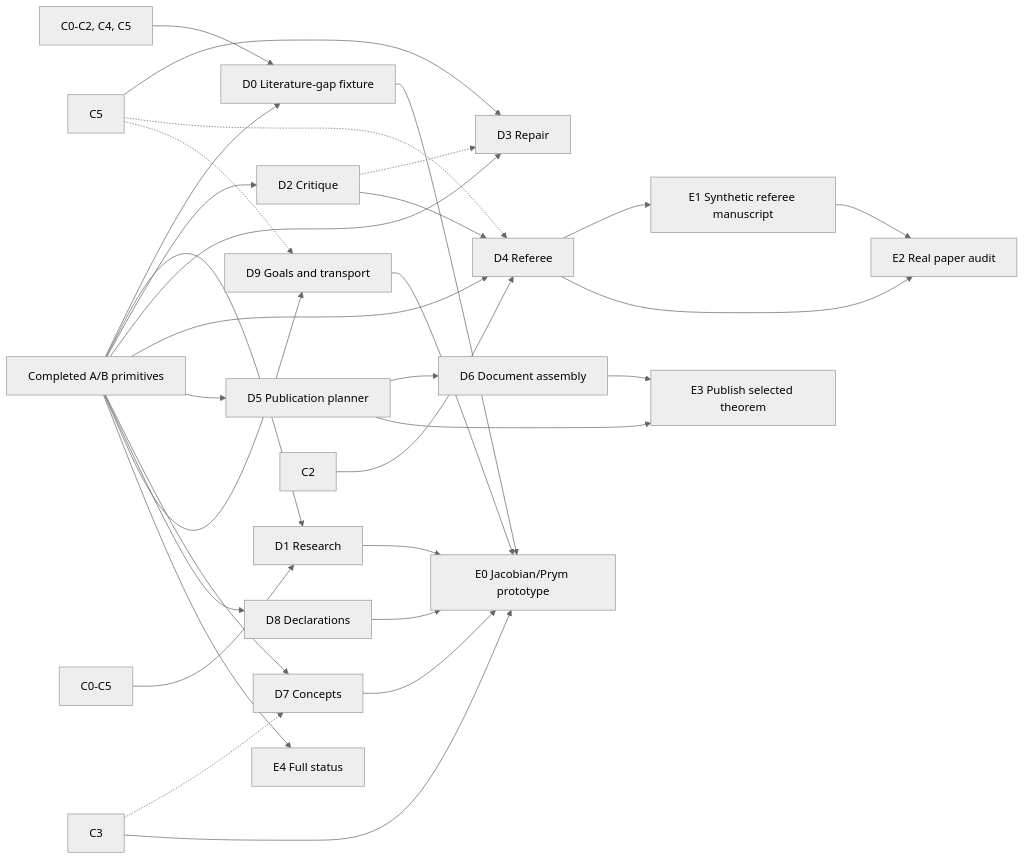
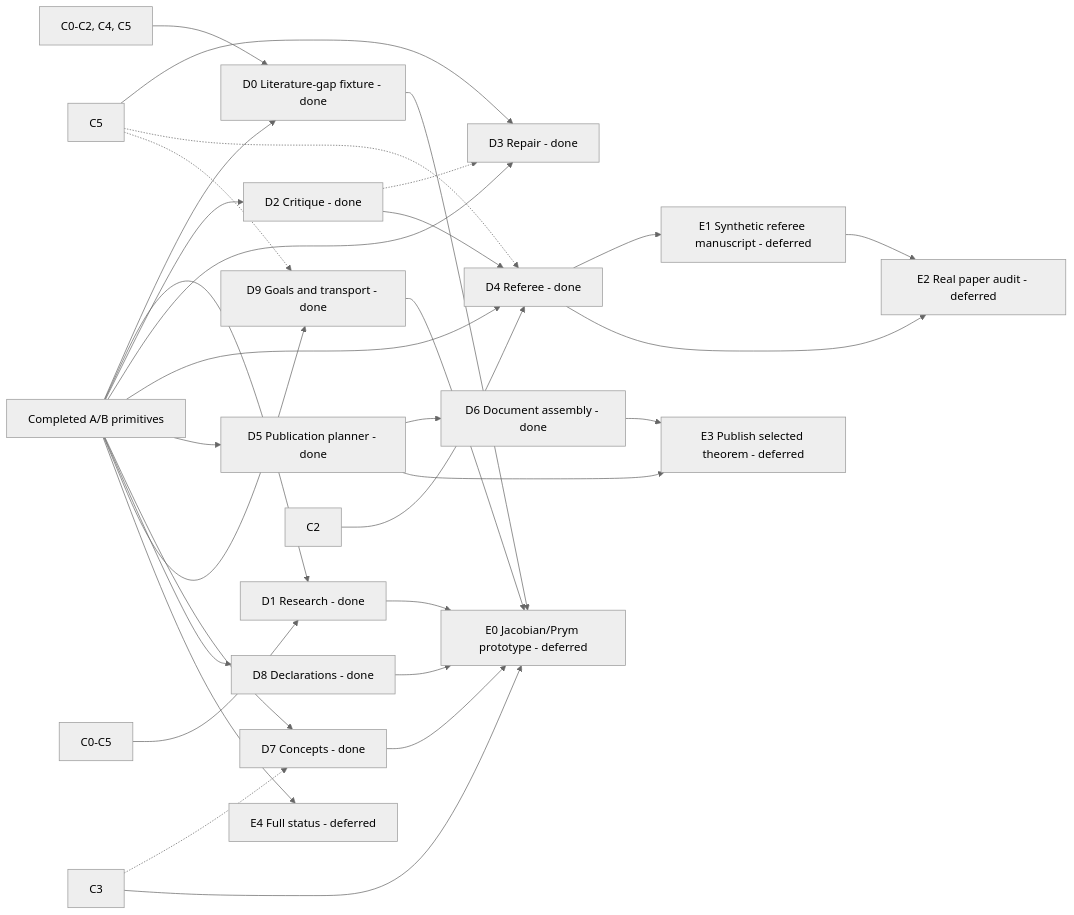
Before and after one commit to charlesmsiegel/hardy: the second of 2 diagrams in TODO.md, drawn with Mermaid (neutral theme). The commit also changed other lines of this file and 7 other files, not shown here.

````diff
--- a/TODO.md
+++ b/TODO.md
@@ -52,16 +51,16 @@
 ```mermaid
 flowchart LR
-    AB["Completed A/B primitives"] --> D0["D0 Literature-gap fixture"] & D1["D1 Research"] & D2["D2 Critique"] & D3["D3 Repair"] & D4["D4 Referee"] & D5["D5 Publication planner"] & D7["D7 Concepts"] & D8["D8 Declarations"] & D9["D9 Goals and transport"] & E4["E4 Full status"]
+    AB["Completed A/B primitives"] --> D0["D0 Literature-gap fixture - done"] & D1["D1 Research - done"] & D2["D2 Critique - done"] & D3["D3 Repair - done"] & D4["D4 Referee - done"] & D5["D5 Publication planner - done"] & D7["D7 Concepts - done"] & D8["D8 Declarations - done"] & D9["D9 Goals and transport - done"] & E4["E4 Full status - deferred"]
     C01245["C0-C2, C4, C5"] --> D0
     C0to5["C0-C5"] --> D1
     C5["C5"] --> D3
     D2 -.-> D3
     C2["C2"] & D2 --> D4
     C5 -.-> D4 & D9
     C3["C3"] -.-> D7
-    D5 --> D6["D6 Document assembly"]
-    D0 & D1 & D7 & D8 & D9 & C3 --> E0["E0 Jacobian/Prym prototype"]
-    D4 --> E1["E1 Synthetic referee manuscript"] & E2["E2 Real paper audit"]
+    D5 --> D6["D6 Document assembly - done"]
+    D0 & D1 & D7 & D8 & D9 & C3 --> E0["E0 Jacobian/Prym prototype - deferred"]
+    D4 --> E1["E1 Synthetic referee manuscript - deferred"] & E2["E2 Real paper audit - deferred"]
     E1 --> E2
-    D5 & D6 --> E3["E3 Publish selected theorem"]
+    D5 & D6 --> E3["E3 Publish selected theorem - deferred"]
 ```
````
